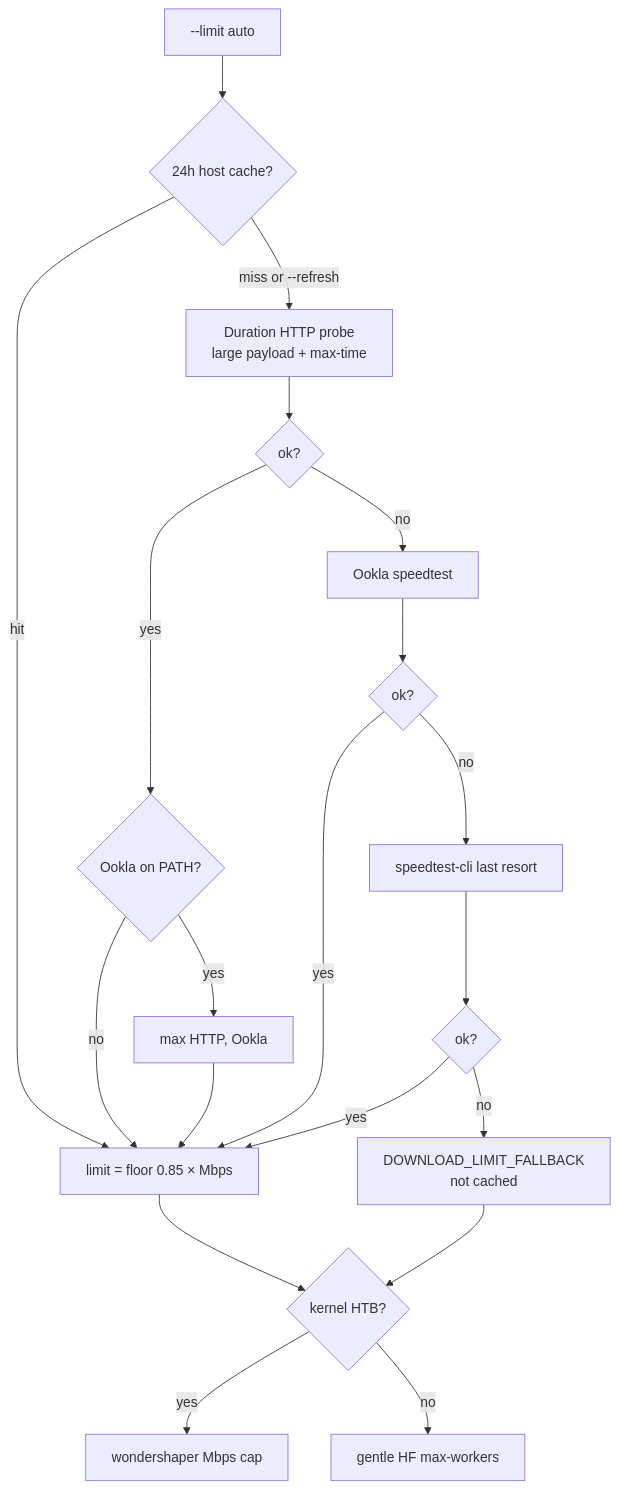
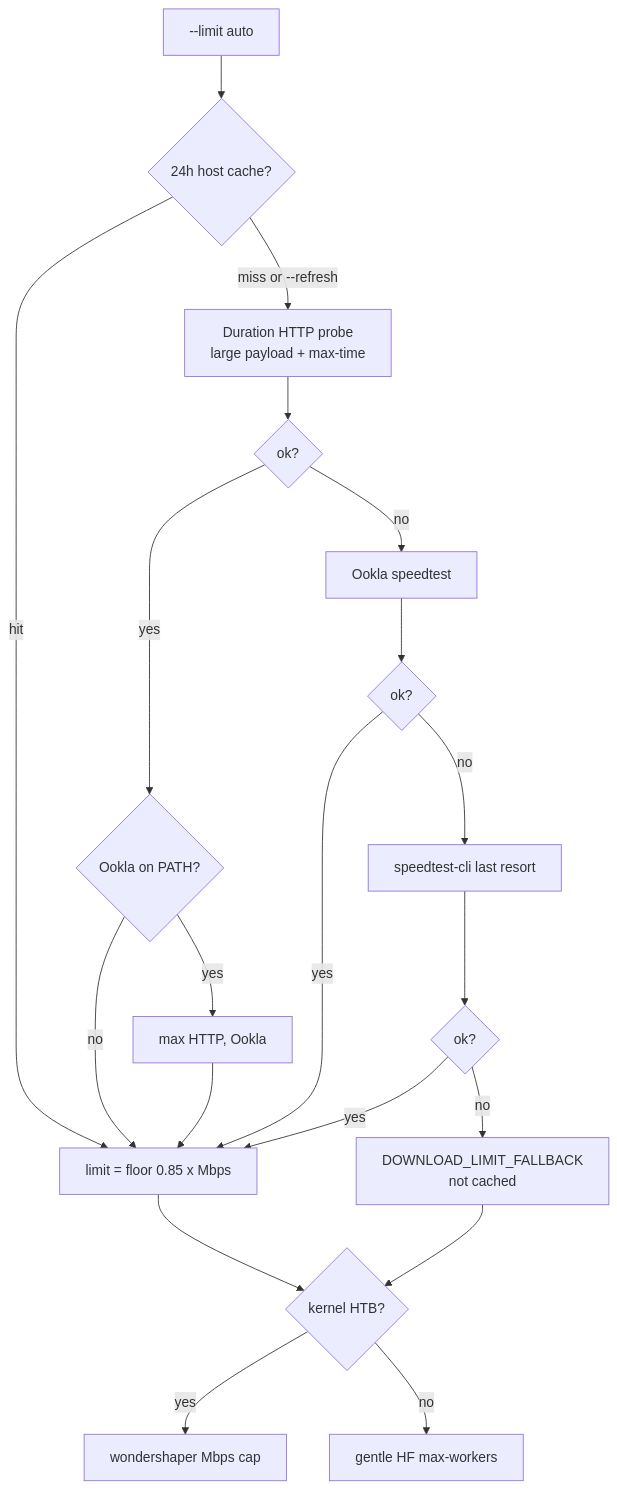
Before and after one commit to toxicoder/ez-comfy-stack: the third of 5 diagrams in docs/download-limit.mdx, drawn with Mermaid. The commit also changed other lines of this file and 1894 other files, not shown here.

````diff
--- a/docs/download-limit.mdx
+++ b/docs/download-limit.mdx
@@ -99,22 +99,22 @@
 ```mermaid
 flowchart TB
   A["--limit auto"] --> Cache{"24h host cache?"}
-  Cache -->|hit| H["limit = floor 0.85 × Mbps"]
+  Cache -->|hit| H["limit = floor 0.85 x Mbps"]
   Cache -->|miss or --refresh| F["Duration HTTP probe<br/>large payload + max-time"]
   F --> G{"ok?"}
   G -->|yes| Ook{"Ookla on PATH?"}
   Ook -->|yes| Mx["max HTTP, Ookla"]
   Ook -->|no| H
   Mx --> H
   G -->|no| D["Ookla speedtest"]
   D --> E{"ok?"}
   E -->|yes| H
   E -->|no| B["speedtest-cli last resort"]
   B --> C{"ok?"}
   C -->|yes| H
   C -->|no| I["DOWNLOAD_LIMIT_FALLBACK<br/>not cached"]
   H --> J{"kernel HTB?"}
   I --> J
   J -->|yes| K["wondershaper Mbps cap"]
   J -->|no| L["gentle HF max-workers"]
 ```
````
